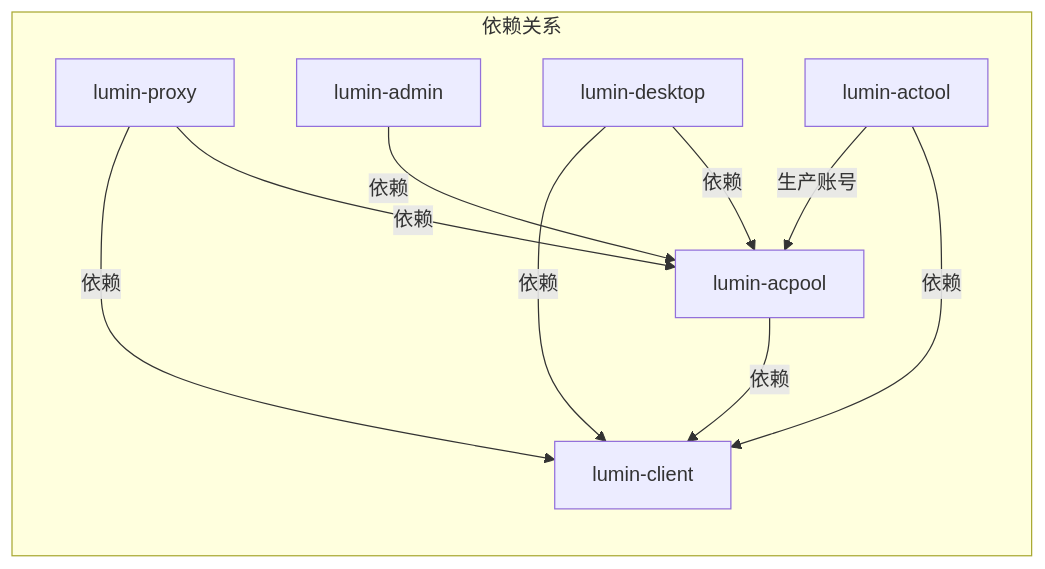
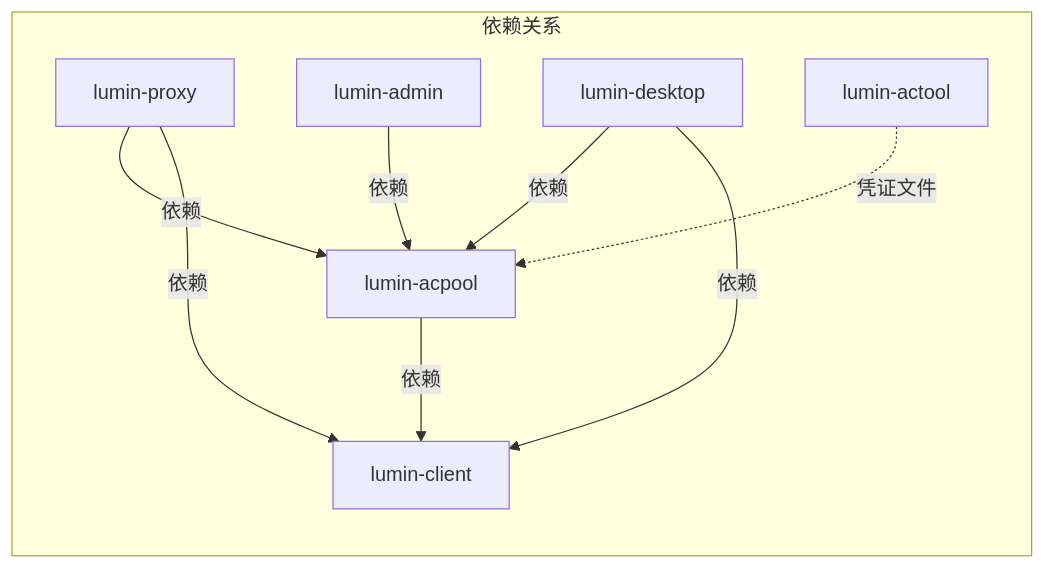
The second of 3 diagrams in docs/README_zh_CN.md (nomand-zc/lumin-acpool), drawn with Mermaid before and after one commit. The commit also changed other lines of this file and 1 other file, not shown here.

````diff
--- a/docs/README_zh_CN.md
+++ b/docs/README_zh_CN.md
@@ -82,20 +84,19 @@
 ```mermaid
 graph LR
     subgraph "依赖关系"
         CLIENT[lumin-client]
         ACPOOL[lumin-acpool]
         PROXY[lumin-proxy]
         ADMIN[lumin-admin]
         DESKTOP[lumin-desktop]
         ACTOOL[lumin-actool]
     end
 
     ACPOOL -->|依赖| CLIENT
     PROXY -->|依赖| ACPOOL
     PROXY -->|依赖| CLIENT
     ADMIN -->|依赖| ACPOOL
     DESKTOP -->|依赖| ACPOOL
     DESKTOP -->|依赖| CLIENT
-    ACTOOL -->|依赖| CLIENT
-    ACTOOL -->|生产账号| ACPOOL
+    ACTOOL -.->|凭证文件| ACPOOL
 ```
````
